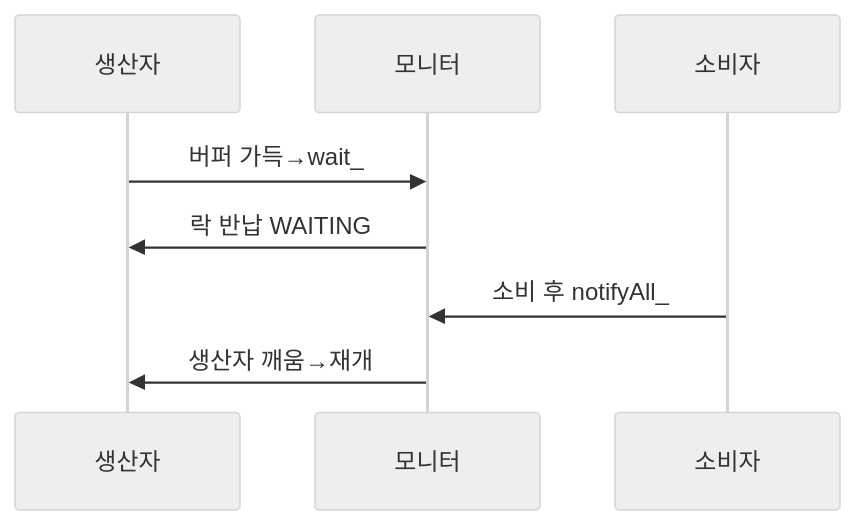
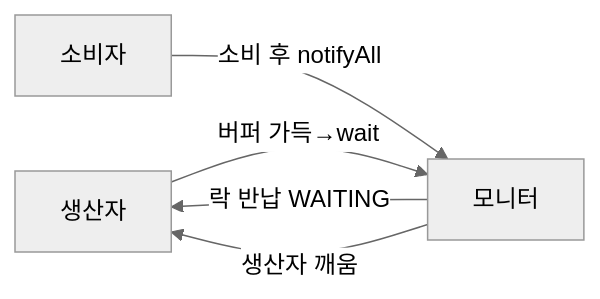
Before and after one commit to yjkim2015/yjkim2015.github.io: the fifth of 6 diagrams in _posts/java/2026-05-01-java-object-class.md, drawn with Mermaid (neutral theme). The commit also changed 84 other files, not shown here.

First line of the commit message:
85개 포스트 Mermaid 다이어그램 규칙 일괄 수정

````diff
--- a/_posts/java/2026-05-01-java-object-class.md
+++ b/_posts/java/2026-05-01-java-object-class.md
@@ -576,7 +576,7 @@
 ```mermaid
-sequenceDiagram
-    생산자->>모니터: 버퍼 가득→wait_
-    모니터->>생산자: 락 반납 WAITING
-    소비자->>모니터: 소비 후 notifyAll_
-    모니터->>생산자: 생산자 깨움→재개
+graph LR
+    PD["생산자"] -->|"버퍼 가득→wait"| MON["모니터"]
+    MON -->|"락 반납 WAITING"| PD
+    CS["소비자"] -->|"소비 후 notifyAll"| MON
+    MON -->|"생산자 깨움"| PD
 ```
````
